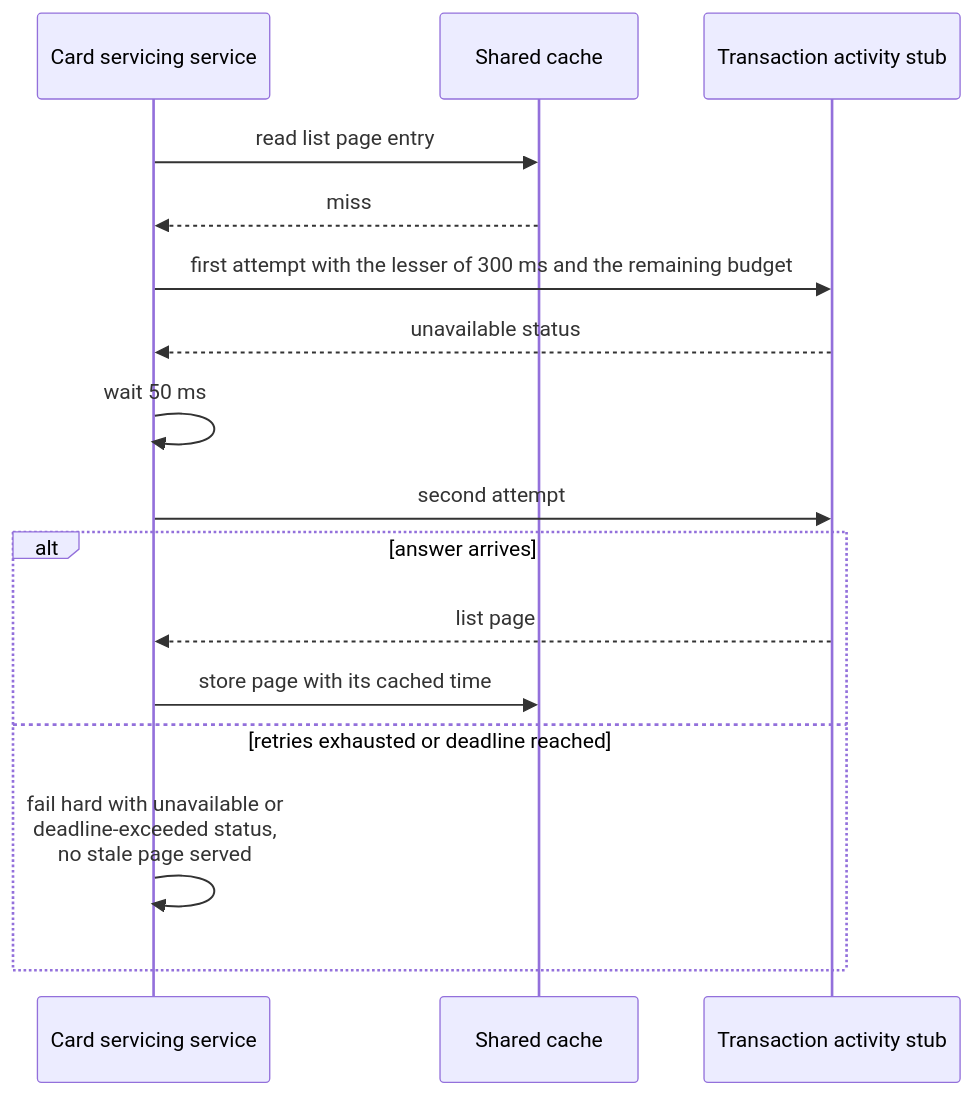
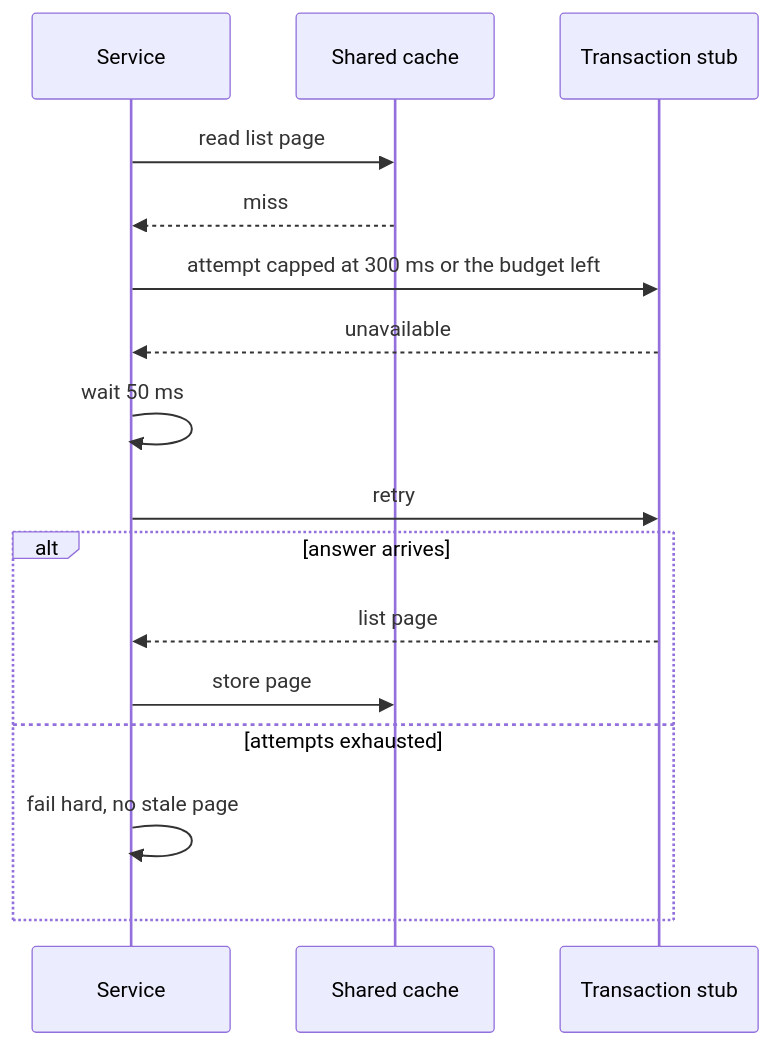
Before and after one commit to blitzy-public-samples/aws-carddemo-blitzy: the diagram in docs/backlog/epics/CS-10-transaction-activity-integration/stories/CS-10-006-transaction-activity-client-with-transaction-caching.md, drawn with Mermaid. The commit also changed other lines of this file and 6 other files, not shown here.

````diff
--- a/docs/backlog/epics/CS-10-transaction-activity-integration/stories/CS-10-006-transaction-activity-client-with-transaction-caching.md
+++ b/docs/backlog/epics/CS-10-transaction-activity-integration/stories/CS-10-006-transaction-activity-client-with-transaction-caching.md
@@ -129,18 +144,18 @@
 ```mermaid
 sequenceDiagram
-    participant Service as Card servicing service
+    participant Service
     participant Cache as Shared cache
-    participant Stub as Transaction activity stub
-    Service->>Cache: read list page entry
+    participant Stub as Transaction stub
+    Service->>Cache: read list page
     Cache-->>Service: miss
-    Service->>Stub: first attempt with the lesser of 300 ms and the remaining budget
-    Stub-->>Service: unavailable status
+    Service->>Stub: attempt capped at 300 ms or the budget left
+    Stub-->>Service: unavailable
     Service->>Service: wait 50 ms
-    Service->>Stub: second attempt
+    Service->>Stub: retry
     alt answer arrives
         Stub-->>Service: list page
-        Service->>Cache: store page with its cached time
-    else retries exhausted or deadline reached
-        Service->>Service: fail hard with unavailable or<br/>deadline-exceeded status,<br/>no stale page served
+        Service->>Cache: store page
+    else attempts exhausted
+        Service->>Service: fail hard, no stale page
     end
 ```
````
